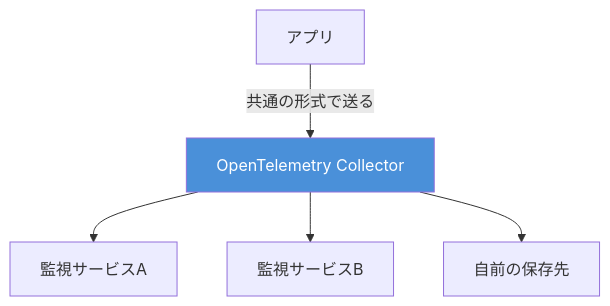
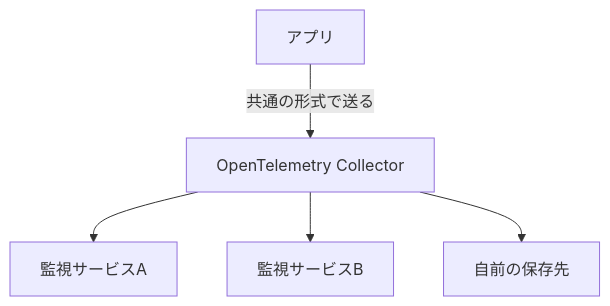
Before and after one commit to newbee1939/knowledge-flow: the second of 4 diagrams in docs/blog/posts/2026-07-13.md, drawn with Mermaid.

Commit message:
style: Mermaid 図の色のハードコードを外す
1ノードだけ style で青（#4a90d9）を直接指定しており、サイトの配色（青を
使わない）から外れるうえ、themeCSS による色の上書きも効かずダークモードで
そこだけ浮いていた。

Claude-Session: https://claude.ai/code/session_01Tu27eexeZYLiv5dgwVSPe4

````diff
--- a/docs/blog/posts/2026-07-13.md
+++ b/docs/blog/posts/2026-07-13.md
@@ -51,8 +51,7 @@
 ```mermaid
 flowchart TD
     A[アプリ] -->|共通の形式で送る| B[OpenTelemetry Collector]
     B --> C[監視サービスA]
     B --> D[監視サービスB]
     B --> E[自前の保存先]
-    style B fill:#4a90d9,color:#fff
 ```
````
